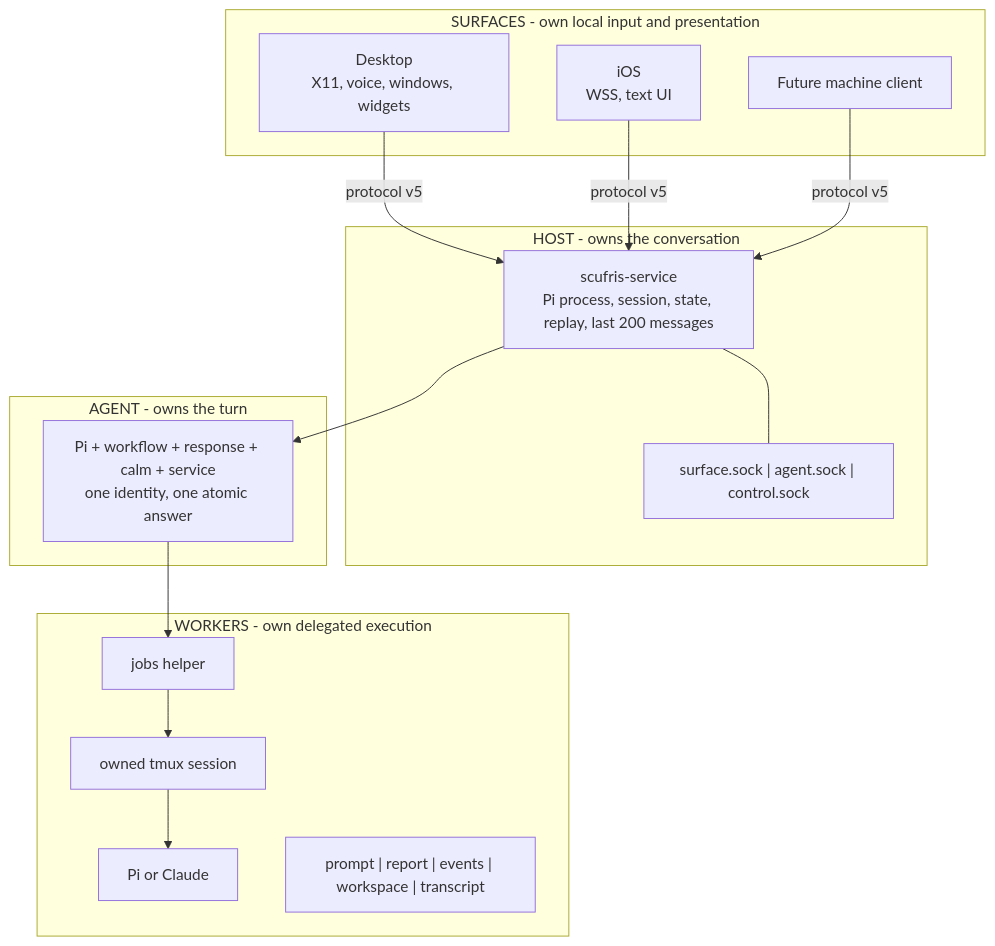
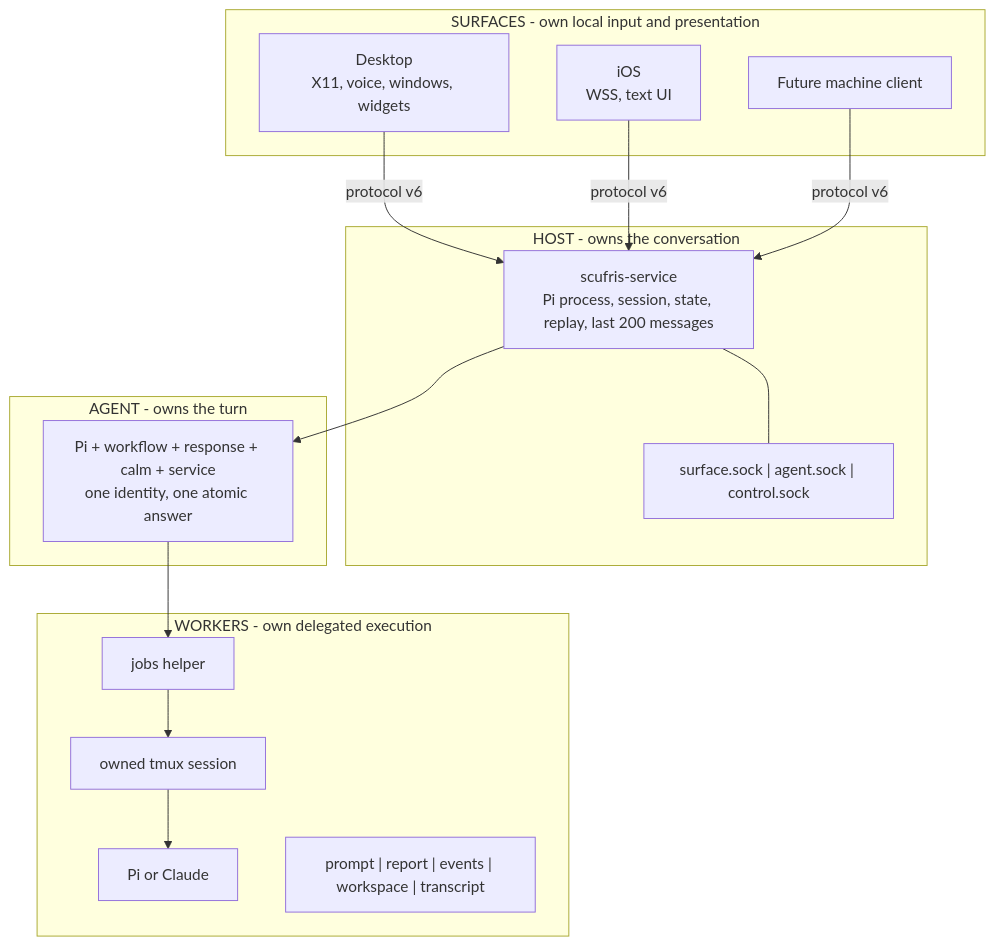
Before and after one commit to alexjercan/scufris2: the first of 5 diagrams in docs/src/dev/architecture.md, drawn with Mermaid. The commit also changed other lines of this file and 25 other files, not shown here.

````diff
--- a/docs/src/dev/architecture.md
+++ b/docs/src/dev/architecture.md
@@ -7,25 +7,25 @@
 ```mermaid
 flowchart TB
     subgraph Surfaces["SURFACES - own local input and presentation"]
         Desktop["Desktop<br/>X11, voice, windows, widgets"]
         IOS["iOS<br/>WSS, text UI"]
         Future["Future machine client"]
     end
     subgraph Host["HOST - owns the conversation"]
         Service["scufris-service<br/>Pi process, session, state, replay, last 200 messages"]
         Sockets["surface.sock | agent.sock | control.sock"]
         Service --- Sockets
     end
     subgraph Agent["AGENT - owns the turn"]
         Pi["Pi + workflow + response + calm + service<br/>one identity, one atomic answer"]
     end
     subgraph Workers["WORKERS - own delegated execution"]
         Helper[jobs helper] --> Tmux[owned tmux session] --> Harness[Pi or Claude]
         Durable["prompt | report | events | workspace | transcript"]
     end
-    Desktop -->|protocol v5| Service
-    IOS -->|protocol v5| Service
-    Future -->|protocol v5| Service
+    Desktop -->|protocol v6| Service
+    IOS -->|protocol v6| Service
+    Future -->|protocol v6| Service
     Service --> Pi
     Pi --> Helper
 ```
````
